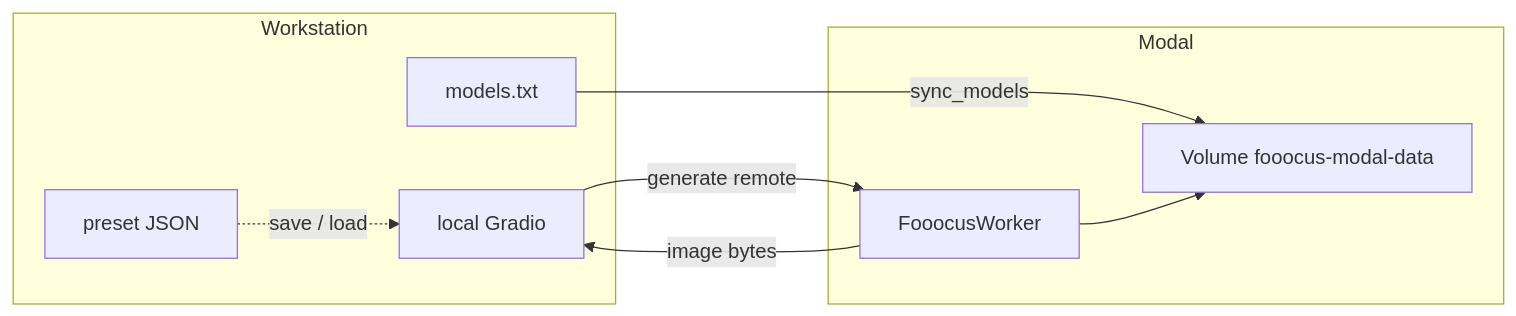
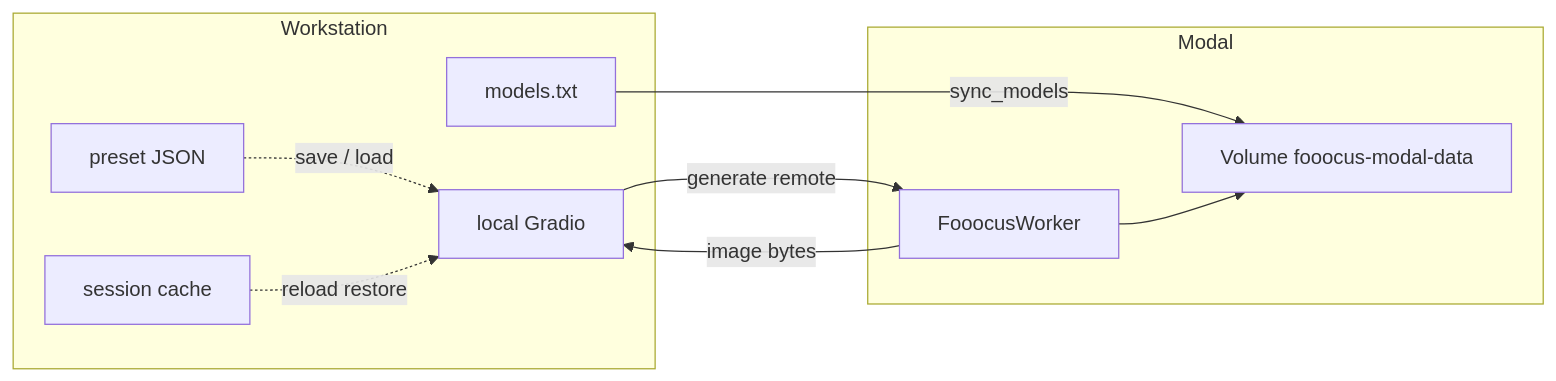
The diagram in docs/architecture/OVERVIEW.md (DragoHG/fooocus-modal), drawn with Mermaid before and after one commit. The commit also changed other lines of this file and 13 other files, not shown here.

````diff
--- a/docs/architecture/OVERVIEW.md
+++ b/docs/architecture/OVERVIEW.md
@@ -17,17 +18,19 @@
 ```mermaid
 flowchart LR
   subgraph workstation [Workstation]
     UI[local Gradio]
     Presets[preset JSON]
+    Session[session cache]
     Manifest[models.txt]
   end
   subgraph modalPlatform [Modal]
     Worker[FooocusWorker]
     Vol[Volume fooocus-modal-data]
   end
   UI -->|generate remote| Worker
   Presets -.->|save / load| UI
+  Session -.->|reload restore| UI
   Manifest -->|sync_models| Vol
   Worker --> Vol
   Worker -->|image bytes| UI
 ```
````
